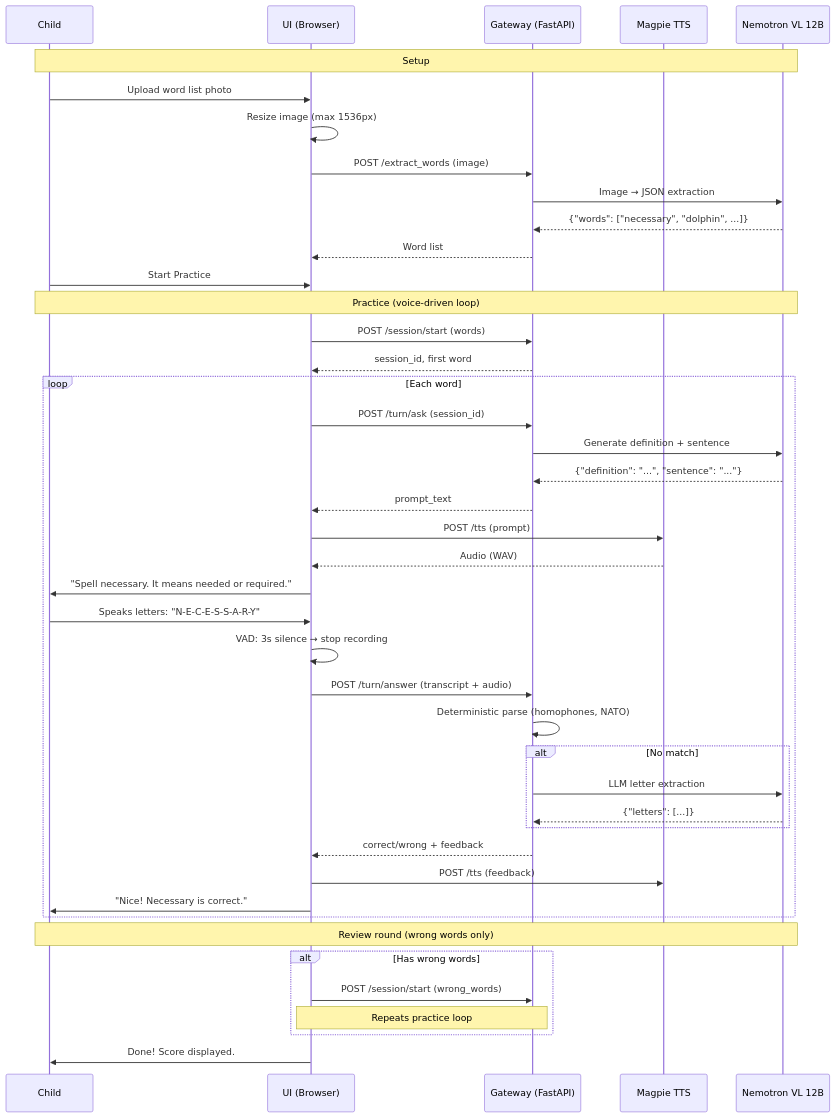
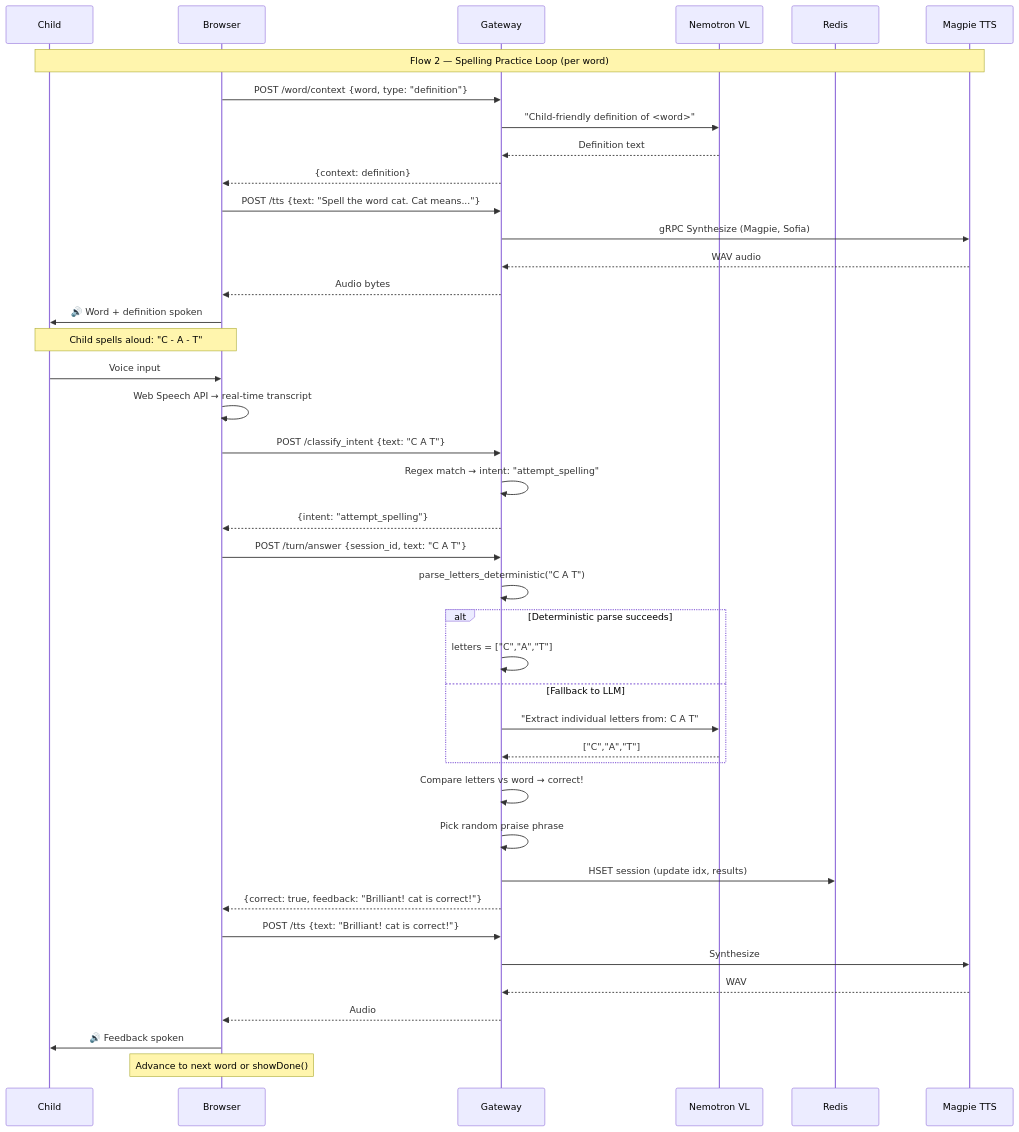
Before and after one commit to elizabetht/spellingbee-mvp: the third of 7 diagrams in README.md, drawn with Mermaid. The commit also changed other lines of this file, not shown here.

````diff
--- a/README.md
+++ b/README.md
@@ -45,51 +129,50 @@
 ```mermaid
 sequenceDiagram
     participant Child
-    participant Browser as UI (Browser)
-    participant GW as Gateway (FastAPI)
+    participant UI as Browser
+    participant GW as Gateway
+    participant VL as Nemotron VL
+    participant Redis
     participant TTS as Magpie TTS
-    participant LLM as Nemotron VL 12B
 
-    Note over Child, LLM: Setup
-    Child->>Browser: Upload word list photo
-    Browser->>Browser: Resize image (max 1536px)
-    Browser->>GW: POST /extract_words (image)
-    GW->>LLM: Image → JSON extraction
-    LLM-->>GW: {"words": ["necessary", "dolphin", ...]}
-    GW-->>Browser: Word list
-    Child->>Browser: Start Practice
+    Note over Child, TTS: Flow 2 — Spelling Practice Loop (per word)
 
-    Note over Child, LLM: Practice (voice-driven loop)
-    Browser->>GW: POST /session/start (words)
-    GW-->>Browser: session_id, first word
+    UI->>GW: POST /word/context {word, type: "definition"}
+    GW->>VL: "Child-friendly definition of <word>"
+    VL-->>GW: Definition text
+    GW-->>UI: {context: definition}
 
-    loop Each word
-        Browser->>GW: POST /turn/ask (session_id)
-        GW->>LLM: Generate definition + sentence
-        LLM-->>GW: {"definition": "...", "sentence": "..."}
-        GW-->>Browser: prompt_text
-        Browser->>TTS: POST /tts (prompt)
-        TTS-->>Browser: Audio (WAV)
-        Browser->>Child: "Spell necessary. It means needed or required."
+    UI->>GW: POST /tts {text: "Spell the word cat. Cat means..."}
+    GW->>TTS: gRPC Synthesize (Magpie, Sofia)
+    TTS-->>GW: WAV audio
+    GW-->>UI: Audio bytes
+    UI->>Child: 🔊 Word + definition spoken
 
-        Child->>Browser: Speaks letters: "N-E-C-E-S-S-A-R-Y"
-        Browser->>Browser: VAD: 3s silence → stop recording
-        Browser->>GW: POST /turn/answer (transcript + audio)
-        GW->>GW: Deterministic parse (homophones, NATO)
-        alt No match
-            GW->>LLM: LLM letter extraction
-            LLM-->>GW: {"letters": [...]}
-        end
-        GW-->>Browser: correct/wrong + feedback
-        Browser->>TTS: POST /tts (feedback)
-        Browser->>Child: "Nice! Necessary is correct."
+    Note over Child, UI: Child spells aloud: "C - A - T"
+    Child->>UI: Voice input
+    UI->>UI: Web Speech API → real-time transcript
+
+    UI->>GW: POST /classify_intent {text: "C A T"}
+    GW->>GW: Regex match → intent: "attempt_spelling"
+    GW-->>UI: {intent: "attempt_spelling"}
+
+    UI->>GW: POST /turn/answer {session_id, text: "C A T"}
+    GW->>GW: parse_letters_deterministic("C A T")
+    alt Deterministic parse succeeds
+        GW->>GW: letters = ["C","A","T"]
+    else Fallback to LLM
+        GW->>VL: "Extract individual letters from: C A T"
+        VL-->>GW: ["C","A","T"]
     end
+    GW->>GW: Compare letters vs word → correct!
+    GW->>GW: Pick random praise phrase
+    GW->>Redis: HSET session (update idx, results)
+    GW-->>UI: {correct: true, feedback: "Brilliant! cat is correct!"}
 
-    Note over Child, LLM: Review round (wrong words only)
-    alt Has wrong words
-        Browser->>GW: POST /session/start (wrong_words)
-        Note over Browser, GW: Repeats practice loop
-    end
-
-    Browser->>Child: Done! Score displayed.
+    UI->>GW: POST /tts {text: "Brilliant! cat is correct!"}
+    GW->>TTS: Synthesize
+    TTS-->>GW: WAV
+    GW-->>UI: Audio
+    UI->>Child: 🔊 Feedback spoken
+    Note over UI: Advance to next word or showDone()
 ```
````
